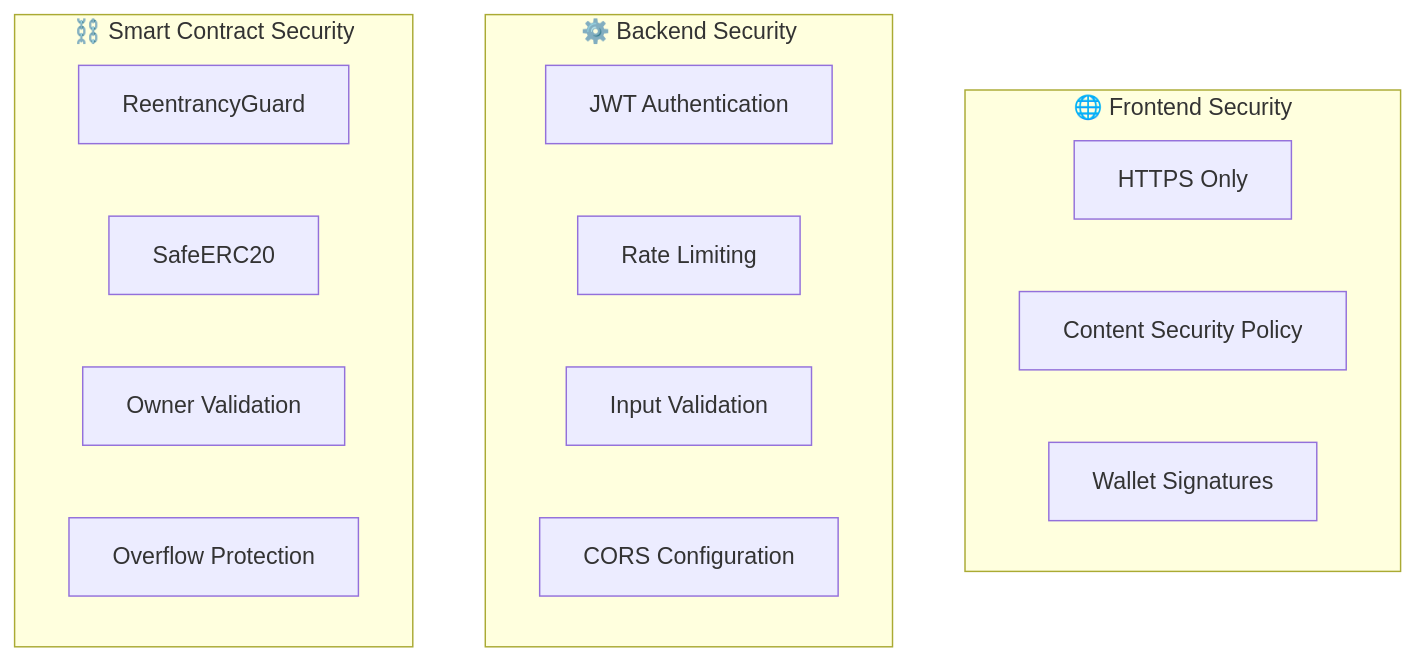
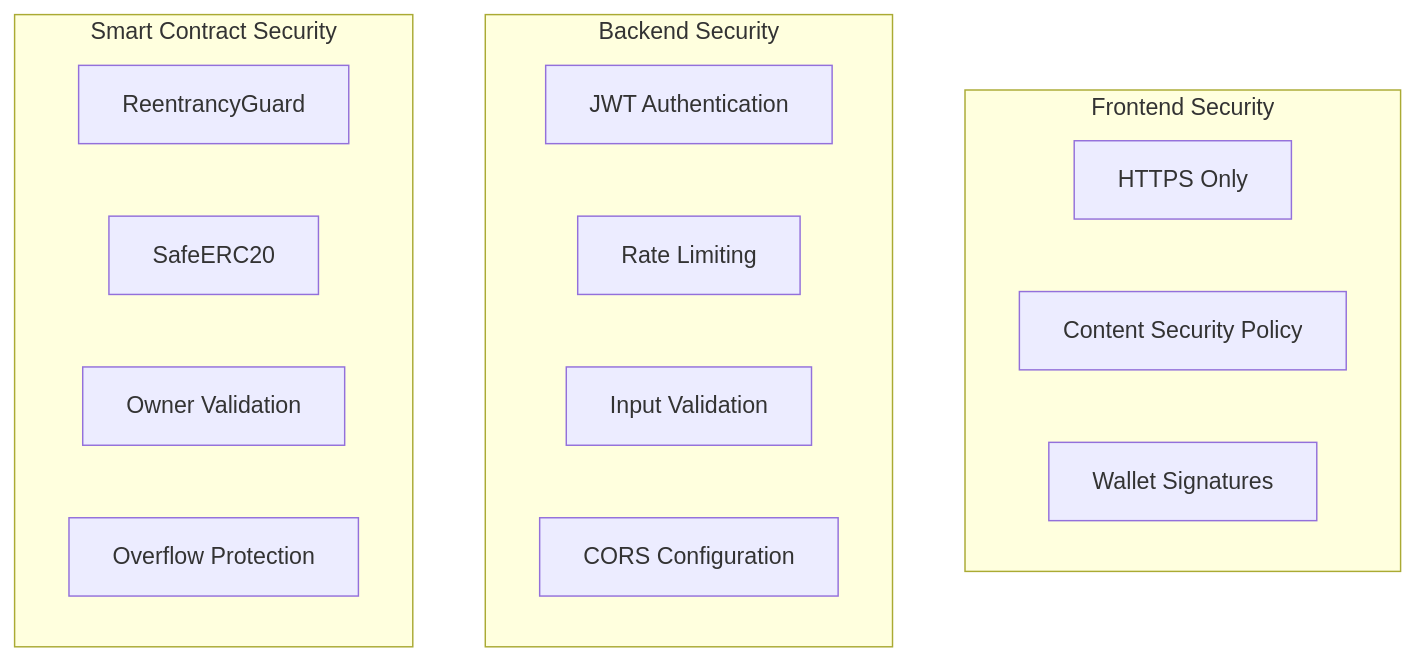
The eighth of 8 diagrams in pitching/Architecture/2. System Architecture.md (CrowdFUNding-Base/SC), drawn with Mermaid before and after one commit. The commit also changed other lines of this file and 12 other files, not shown here.

````diff
--- a/pitching/Architecture/2. System Architecture.md
+++ b/pitching/Architecture/2. System Architecture.md
@@ -337,22 +333,22 @@
 ```mermaid
 flowchart TB
-    subgraph Frontend["🌐 Frontend Security"]
+    subgraph Frontend["Frontend Security"]
         HTTPS["HTTPS Only"]
         CSP["Content Security Policy"]
         WalletAuth["Wallet Signatures"]
     end
 
-    subgraph Backend["⚙️ Backend Security"]
+    subgraph Backend["Backend Security"]
         JWT["JWT Authentication"]
         RateLimit["Rate Limiting"]
         InputVal["Input Validation"]
         CORS["CORS Configuration"]
     end
 
-    subgraph Blockchain["⛓️ Smart Contract Security"]
+    subgraph Blockchain["Smart Contract Security"]
         Reentrancy["ReentrancyGuard"]
         SafeTransfer["SafeERC20"]
         OwnerCheck["Owner Validation"]
         Overflow["Overflow Protection"]
     end
 ```
````
